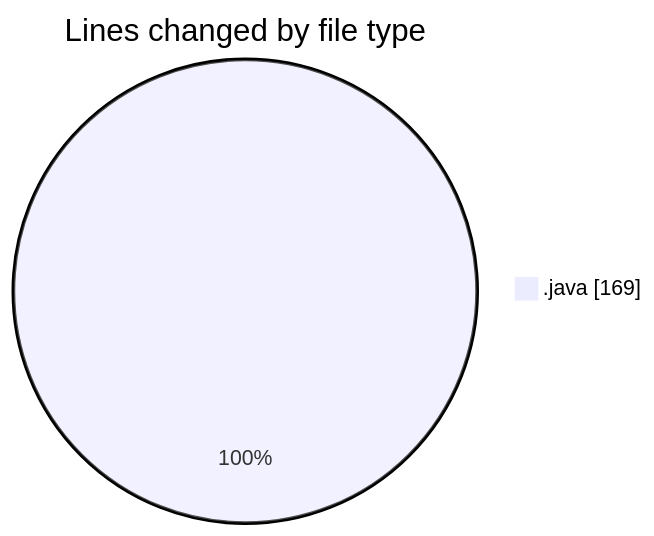
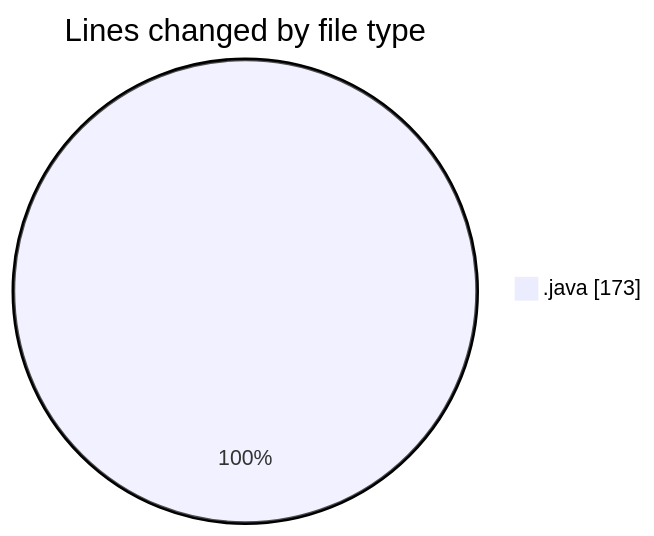
One commit to hasnaa123/code-tracking changed the first of 2 diagrams in 2026-05-23/java-avanc-e-et-uml/README.md. Above: the diagram before and after it, drawn with Mermaid. The commit also changed other lines of this file and 1 other file, not shown here.

````diff
--- a/2026-05-23/java-avanc-e-et-uml/README.md
+++ b/2026-05-23/java-avanc-e-et-uml/README.md
@@ -24,5 +24,5 @@
 ```mermaid
 pie showData
 title Lines changed by file type
-".java" : 169
+".java" : 173
 ```
````
